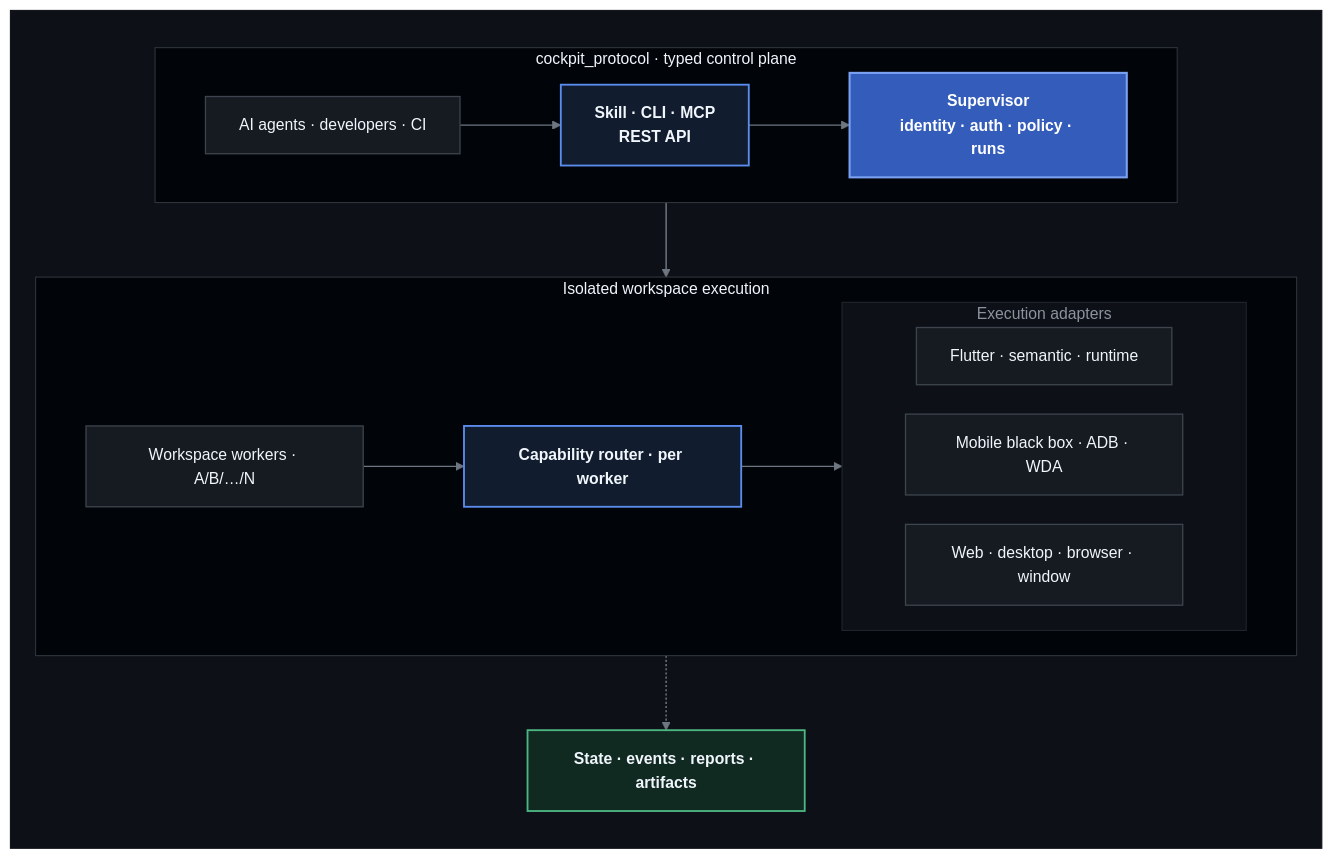
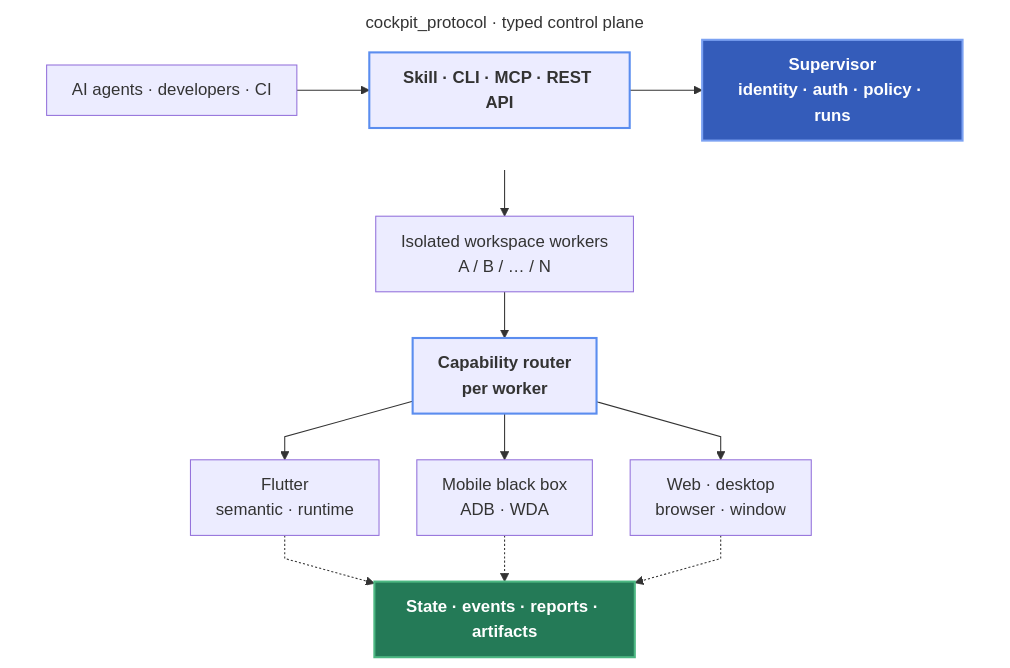
The diagram in README.md (cockpit-dev/cockpit), drawn with Mermaid before and after one commit. The commit also changed 1 other file, not shown here.

Commit message:
docs: simplify adaptive architecture diagram

````diff
--- a/README.md
+++ b/README.md
@@ -119,50 +119,31 @@
 ```mermaid
-%%{init: {"theme": "base", "themeVariables": {"darkMode": true, "background": "#0D1117", "fontFamily": "system-ui, -apple-system, BlinkMacSystemFont, Segoe UI, sans-serif", "fontSize": "15px", "primaryColor": "#161B22", "primaryTextColor": "#F0F6FC", "primaryBorderColor": "#3D444D", "lineColor": "#6E7681", "secondaryColor": "#111D2E", "tertiaryColor": "#0D1117", "clusterBkg": "#0D1117", "clusterBorder": "#30363D", "edgeLabelBackground": "#0D1117"}, "flowchart": {"curve": "linear", "nodeSpacing": 28, "rankSpacing": 46, "padding": 16}}}%%
+%%{init: {"flowchart": {"curve": "linear", "nodeSpacing": 36, "rankSpacing": 44, "padding": 12}}}%%
 flowchart TB
-  subgraph Architecture[" "]
-    direction TB
-    subgraph ControlPath["cockpit_protocol · typed control plane"]
-      direction LR
-      Actors["AI agents · developers · CI"]
-      Surfaces["Skill · CLI · MCP<br/>REST API"]
-      Supervisor["Supervisor<br/>identity · auth · policy · runs"]
-      Actors --> Surfaces --> Supervisor
-    end
-
-    subgraph RuntimePath["Isolated workspace execution"]
-      direction LR
-      Workers["Workspace workers · A/B/…/N"]
-      Router["Capability router · per worker"]
-
-      subgraph Adapters["Execution adapters"]
-        direction LR
-        Flutter["Flutter · semantic · runtime"]
-        Native["Mobile black box · ADB · WDA"]
-        Desktop["Web · desktop · browser · window"]
-      end
-
-      Workers --> Router --> Adapters
-    end
-
-    Evidence["State · events · reports · artifacts"]
-
-    Supervisor --> Workers
-    Adapters -.-> Evidence
+  subgraph ControlPath["cockpit_protocol · typed control plane"]
+    direction LR
+    Actors["AI agents · developers · CI"]
+    Surfaces["Skill · CLI · MCP · REST API"]
+    Supervisor["Supervisor<br/>identity · auth · policy · runs"]
+    Actors --> Surfaces --> Supervisor
   end
 
-  classDef node fill:#161B22,stroke:#3D444D,color:#F0F6FC,stroke-width:1.25px
-  classDef gateway fill:#111D2E,stroke:#5B8DEF,color:#F0F6FC,stroke-width:1.75px,font-weight:600
+  Workers["Isolated workspace workers<br/>A / B / … / N"]
+  Router["Capability router<br/>per worker"]
+  Flutter["Flutter<br/>semantic · runtime"]
+  Native["Mobile black box<br/>ADB · WDA"]
+  Desktop["Web · desktop<br/>browser · window"]
+  Evidence["State · events · reports · artifacts"]
+
+  Supervisor --> Workers --> Router
+  Router --> Flutter & Native & Desktop
+  Flutter & Native & Desktop -.-> Evidence
+
+  classDef gateway stroke:#5B8DEF,stroke-width:2px,font-weight:600
   classDef core fill:#345CBA,stroke:#7BA1F2,color:#FFFFFF,stroke-width:2px,font-weight:700
-  classDef evidence fill:#102A22,stroke:#4CB782,color:#F0F6FC,stroke-width:1.75px,font-weight:600
-
-  class Actors,Workers,Flutter,Native,Desktop node
+  classDef evidence fill:#247A57,stroke:#4CB782,color:#FFFFFF,stroke-width:2px,font-weight:600
   class Surfaces,Router gateway
   class Supervisor core
   class Evidence evidence
 
-  style Architecture fill:#0D1117,stroke:#0D1117,color:#F0F6FC
-  style ControlPath fill:#010409,stroke:#30363D,color:#F0F6FC,stroke-width:1px
-  style RuntimePath fill:#010409,stroke:#30363D,color:#F0F6FC,stroke-width:1px
-  style Adapters fill:#0D1117,stroke:#21262D,color:#8B949E,stroke-width:1px
-  linkStyle default stroke:#6E7681,stroke-width:1.4px
+  style ControlPath fill:transparent,stroke:transparent
 ```
````
